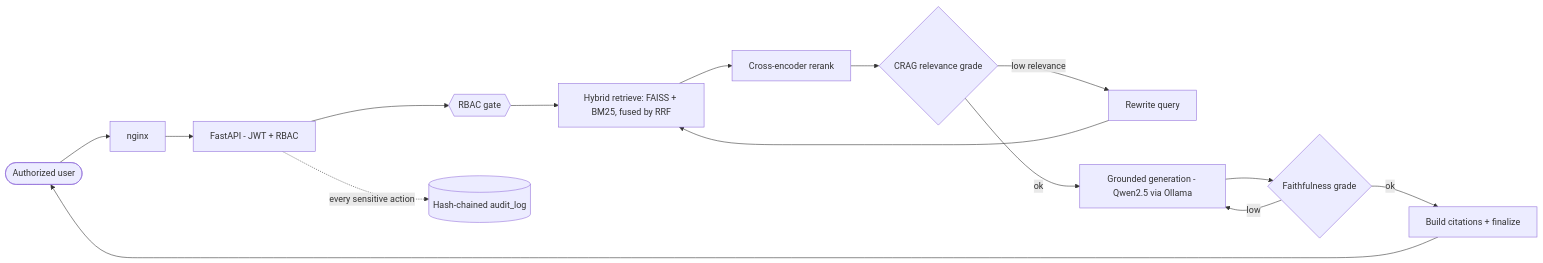
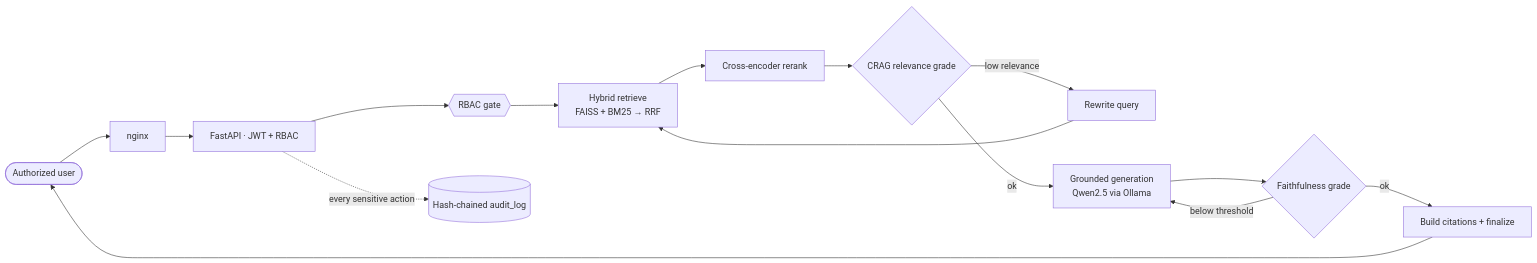
The first of 3 diagrams in README.md (imthi16/aegis-rag), drawn with Mermaid before and after one commit. The commit also changed other lines of this file and 24 other files, not shown here.

````diff
--- a/README.md
+++ b/README.md
@@ -41,16 +70,16 @@
 ```mermaid
 flowchart LR
     U([Authorized user]) --> N[nginx]
-    N --> API[FastAPI - JWT + RBAC]
+    N --> API["FastAPI · JWT + RBAC"]
     API --> RB{{RBAC gate}}
-    RB --> R[Hybrid retrieve: FAISS + BM25, fused by RRF]
+    RB --> R["Hybrid retrieve<br/>FAISS + BM25 → RRF"]
     R --> RK[Cross-encoder rerank]
     RK --> CR{CRAG relevance grade}
     CR -- low relevance --> TQ[Rewrite query] --> R
-    CR -- ok --> GEN[Grounded generation - Qwen2.5 via Ollama]
+    CR -- ok --> GEN["Grounded generation<br/>Qwen2.5 via Ollama"]
     GEN --> FA{Faithfulness grade}
-    FA -- low --> GEN
+    FA -- below threshold --> GEN
     FA -- ok --> FIN[Build citations + finalize]
     FIN --> U
     API -. every sensitive action .-> AUD[(Hash-chained audit_log)]
 ```
````
